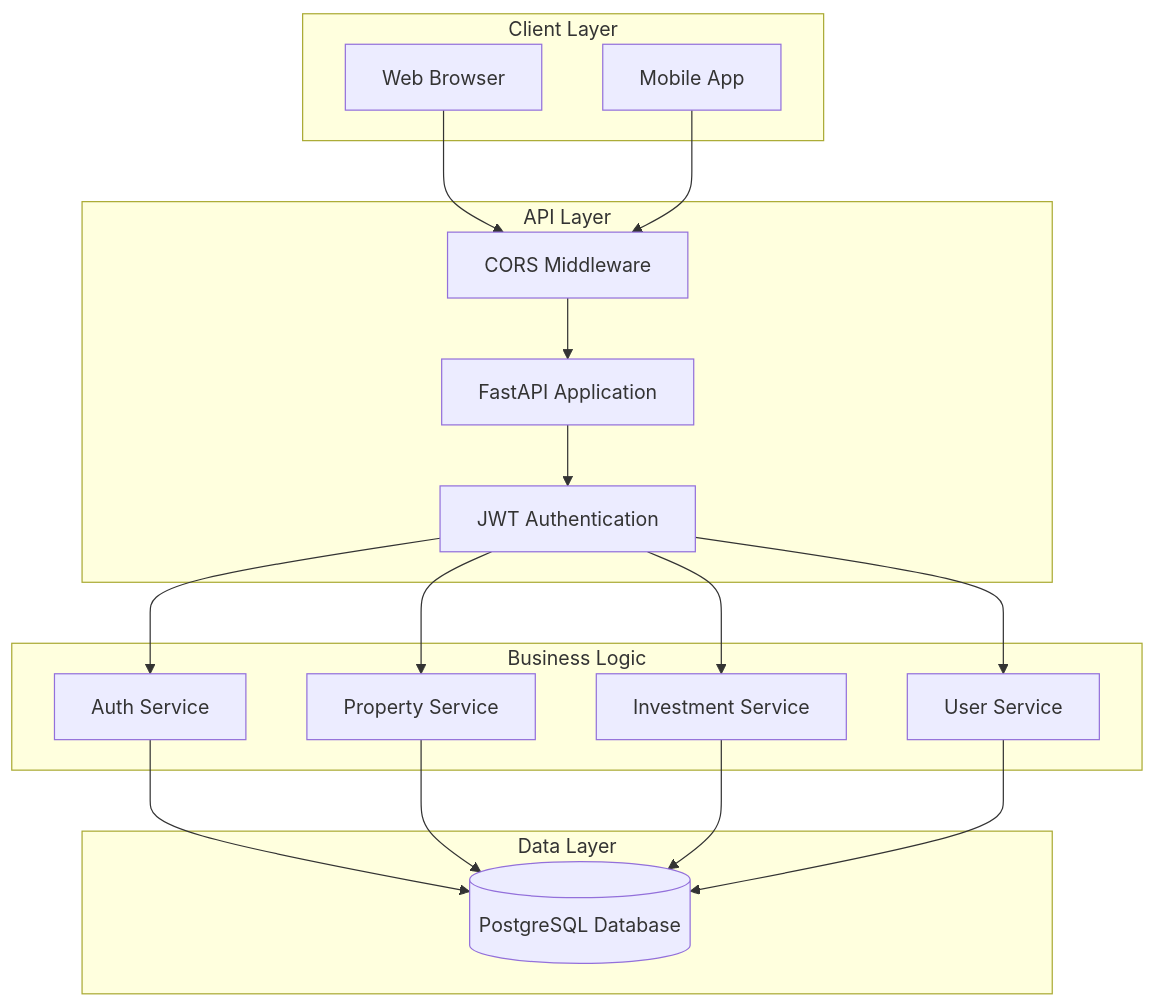
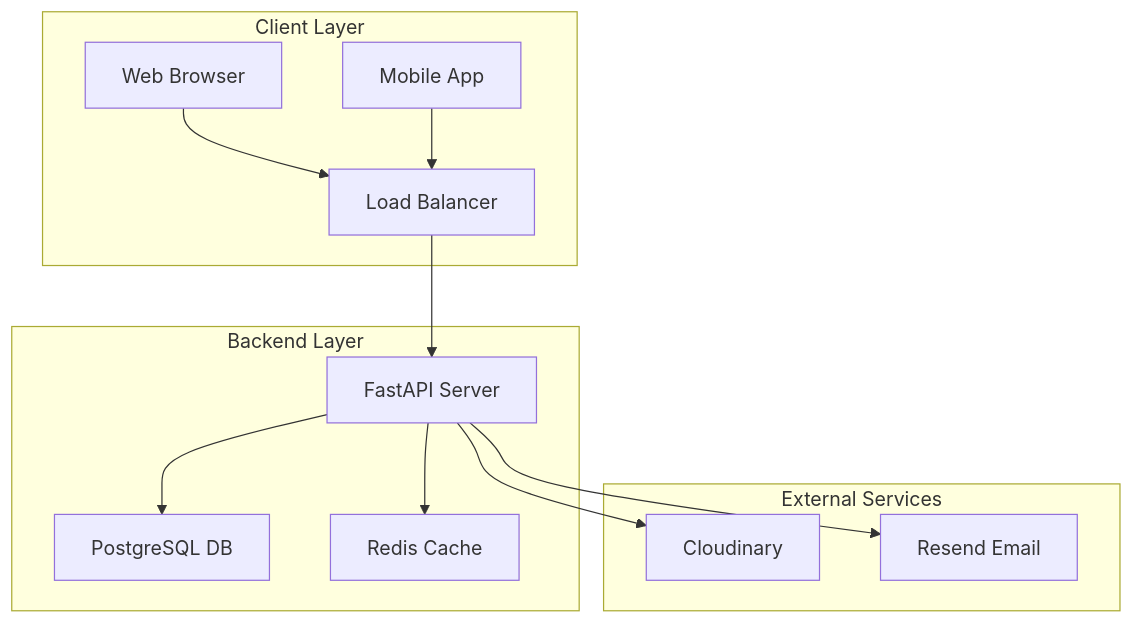
The second of 2 diagrams in README.md (timileyin42/Property-backend), drawn with Mermaid before and after one commit. The commit also changed other lines of this file and 7 other files, not shown here.

````diff
--- a/README.md
+++ b/README.md
@@ -45,37 +46,20 @@
 ```mermaid
 graph TB
     subgraph "Client Layer"
-        A[Web Browser]
-        B[Mobile App]
+    A[Web Browser]
+    B[Mobile App]
+    A --> C[Load Balancer]
+    B --> C
+end
+
+    subgraph "Backend Layer"
+        C --> D[FastAPI Server]
+        D --> E[PostgreSQL DB]
+        D --> F[Redis Cache]
     end
-    
-    subgraph "API Layer"
-        C[FastAPI Application]
-        D[CORS Middleware]
-        E[JWT Authentication]
+
+    subgraph "External Services"
+        D --> G[Cloudinary]
+        D --> H[Resend Email]
     end
-    
-    subgraph "Business Logic"
-        F[Auth Service]
-        G[Property Service]
-        H[Investment Service]
-        I[User Service]
-    end
-    
-    subgraph "Data Layer"
-        J[(PostgreSQL Database)]
-    end
-    
-    A --> D
-    B --> D
-    D --> C
-    C --> E
-    E --> F
-    E --> G
-    E --> H
-    E --> I
-    F --> J
-    G --> J
-    H --> J
-    I --> J
 ```
````
